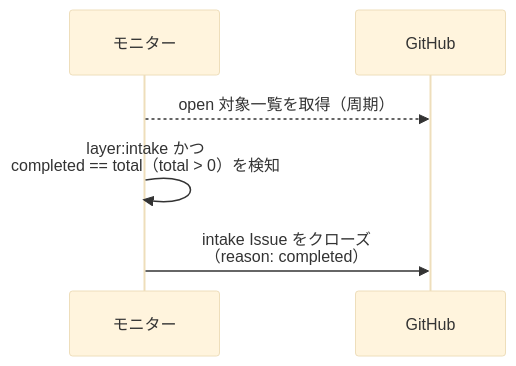
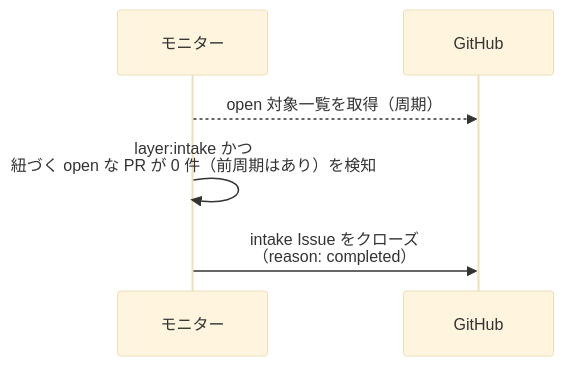
One commit to shuhei1101/ai-monitor changed the first of 3 diagrams in docs/wiki/設計図/インターフェース定義/バックエンド/intake自動クローズ.py.md. Above: the diagram before and after it, drawn with Mermaid (base theme). The commit also changed other lines of this file and 256 other files, not shown here.

````diff
--- a/docs/wiki/設計図/インターフェース定義/バックエンド/intake自動クローズ.py.md
+++ b/docs/wiki/設計図/インターフェース定義/バックエンド/intake自動クローズ.py.md
@@ -39,9 +39,9 @@
 ```mermaid
 sequenceDiagram
   participant MON as モニター
   participant GH as GitHub
 
   MON-->>GH: open 対象一覧を取得（周期）
-  MON->>MON: layer:intake かつ<br>completed == total（total > 0）を検知
+  MON->>MON: layer:intake かつ<br>紐づく open な PR が 0 件（前周期はあり）を検知
   MON->>GH: intake Issue をクローズ<br>（reason: completed）
 ```
````
